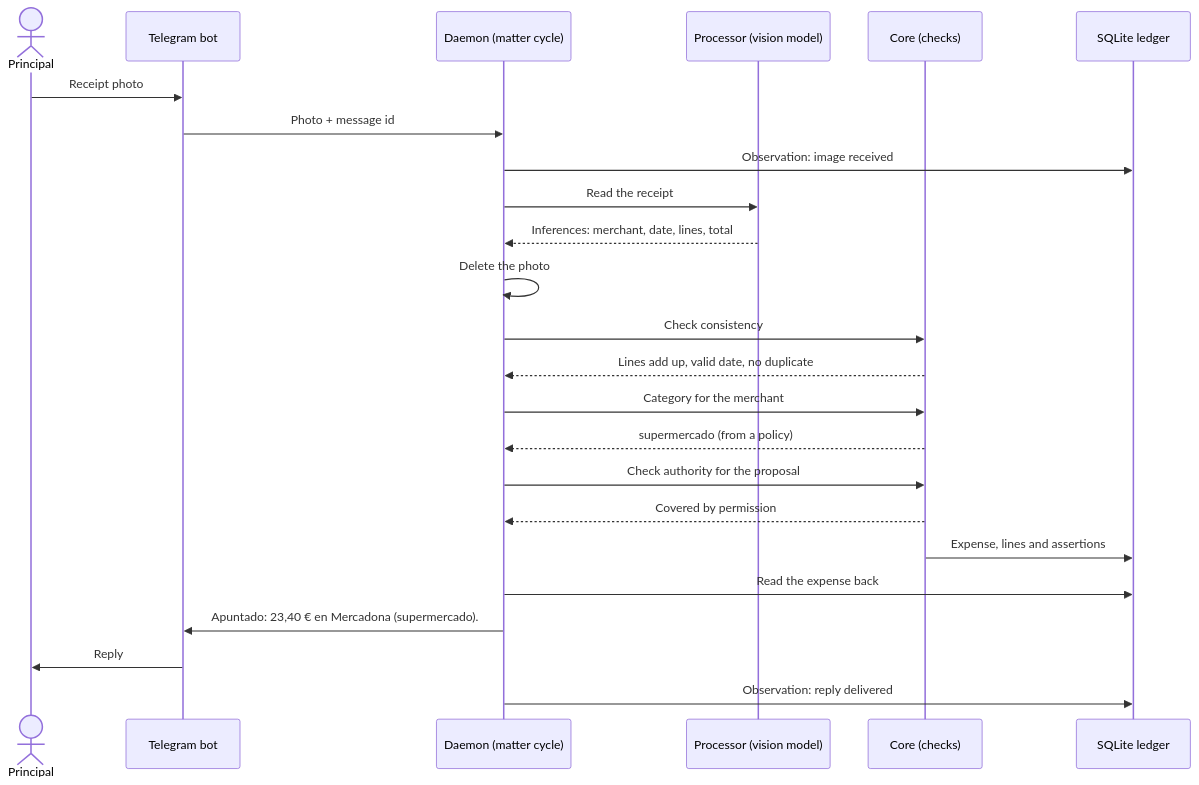
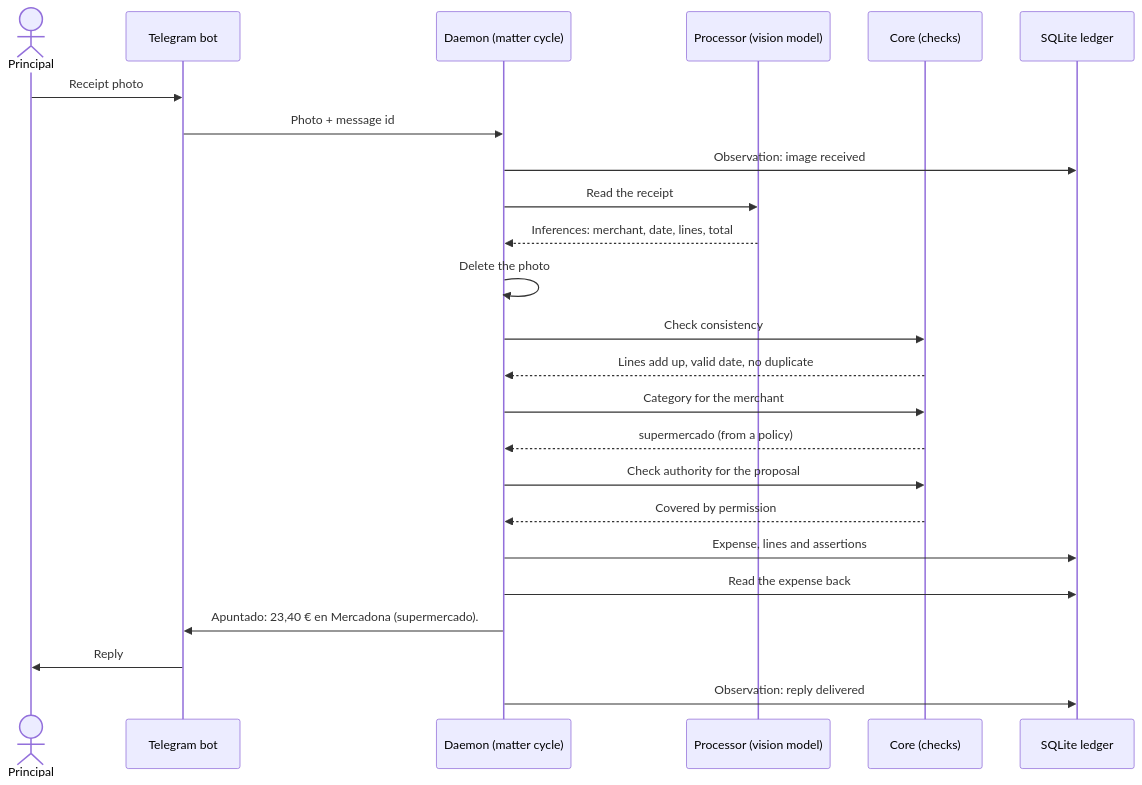
The diagram in docs/workflows/expenses.md (Sitray/anomander), drawn with Mermaid before and after one commit. The commit also changed other lines of this file and 8 other files, not shown here.

````diff
--- a/docs/workflows/expenses.md
+++ b/docs/workflows/expenses.md
@@ -20,27 +20,27 @@
 ```mermaid
 sequenceDiagram
     actor P as Principal
     participant TG as Telegram bot
     participant D as Daemon (matter cycle)
     participant PR as Processor (vision model)
     participant C as Core (checks)
     participant DB as SQLite ledger
 
     P->>TG: Receipt photo
     TG->>D: Photo + message id
     D->>DB: Observation: image received
     D->>PR: Read the receipt
     PR-->>D: Inferences: merchant, date, lines, total
     D->>D: Delete the photo
     D->>C: Check consistency
     C-->>D: Lines add up, valid date, no duplicate
     D->>C: Category for the merchant
     C-->>D: supermercado (from a policy)
     D->>C: Check authority for the proposal
     C-->>D: Covered by permission
-    C->>DB: Expense, lines and assertions
+    D->>DB: Expense, lines and assertions
     D->>DB: Read the expense back
     D->>TG: Apuntado: 23,40 € en Mercadona (supermercado).
     TG->>P: Reply
     D->>DB: Observation: reply delivered
 ```
````
